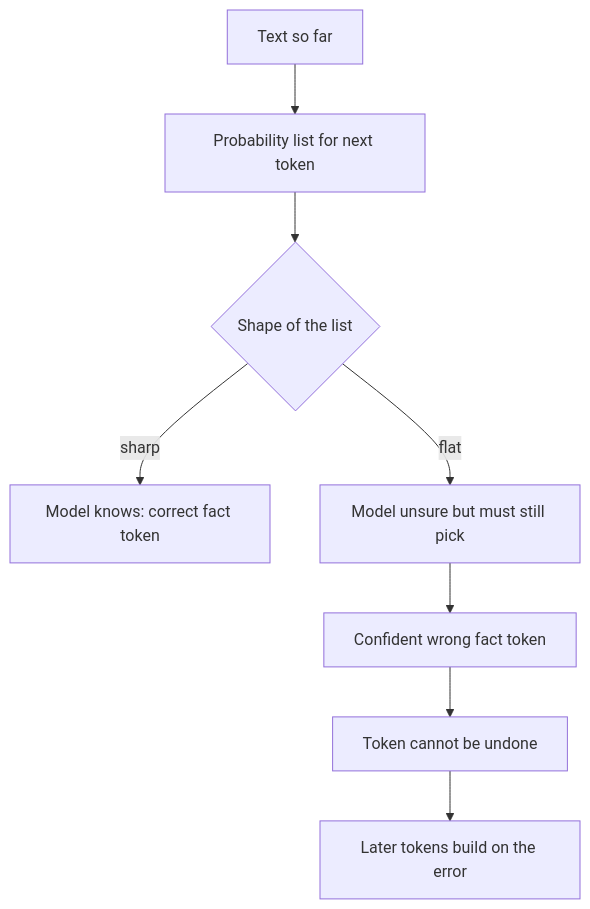
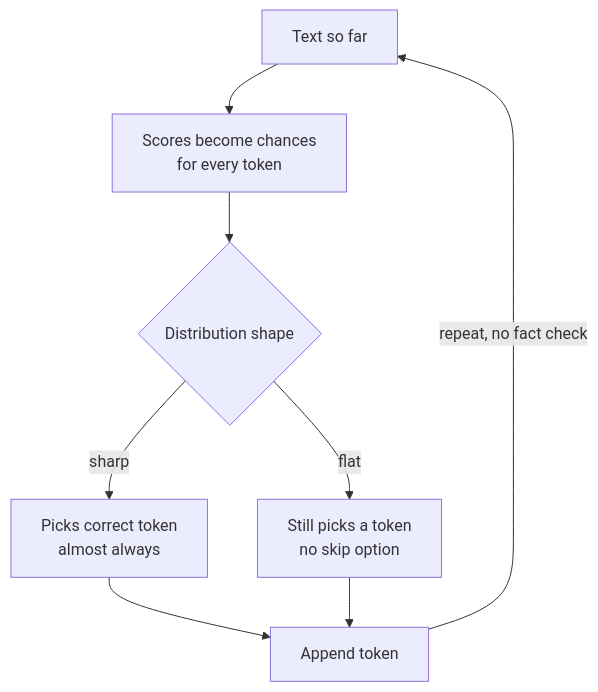
The first of 2 diagrams in notes/step-04-how-llms-generate-text/070-why-do-llms-hallucinate-the-token-level-explanation.md (kaisarnajar/outcome-school-blogs), drawn with Mermaid before and after one commit. The commit also changed other lines of this file and 233 other files, not shown here.

````diff
--- a/notes/step-04-how-llms-generate-text/070-why-do-llms-hallucinate-the-token-level-explanation.md
+++ b/notes/step-04-how-llms-generate-text/070-why-do-llms-hallucinate-the-token-level-explanation.md
@@ -36,10 +53,10 @@
 ```mermaid
 flowchart TD
-    A["Text so far"] --> B["Probability list for next token"]
-    B --> C{"Shape of the list"}
-    C -->|"sharp"| D["Model knows: correct fact token"]
-    C -->|"flat"| E["Model unsure but must still pick"]
-    E --> F["Confident wrong fact token"]
-    F --> G["Token cannot be undone"]
-    G --> H["Later tokens build on the error"]
+    L1["Text so far"] --> L2["Scores become chances<br/>for every token"]
+    L2 --> L3{"Distribution shape"}
+    L3 -->|"sharp"| L4["Picks correct token<br/>almost always"]
+    L3 -->|"flat"| L5["Still picks a token<br/>no skip option"]
+    L4 --> L6["Append token"]
+    L5 --> L6
+    L6 -->|"repeat, no fact check"| L1
 ```
````
